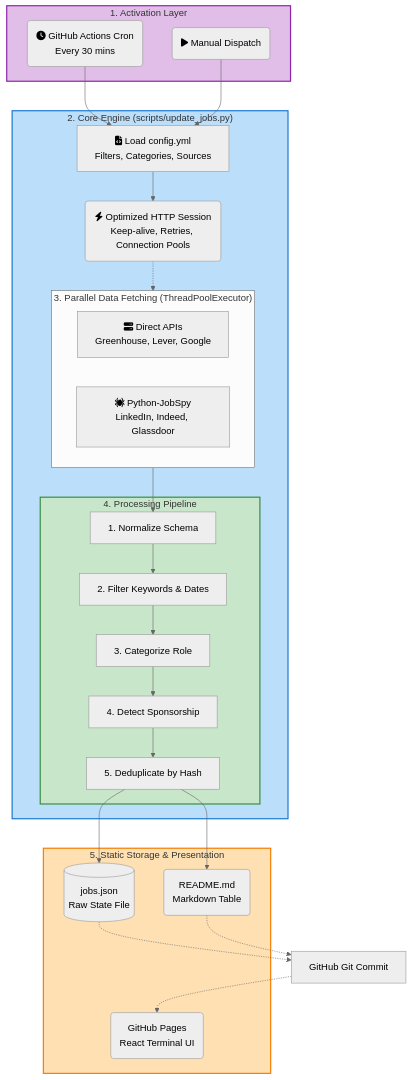
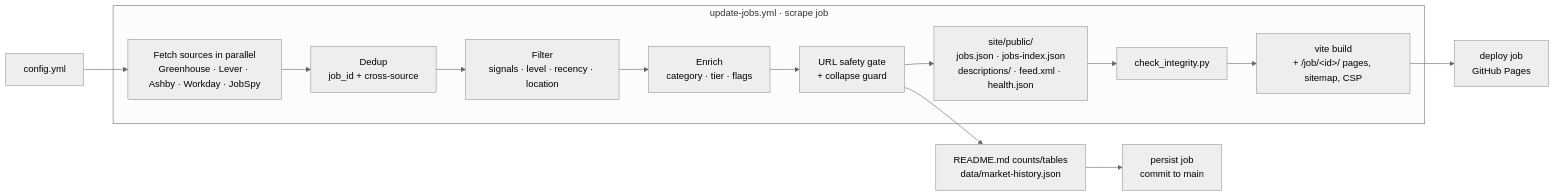
The diagram in docs/architecture.md (ambicuity/New-Grad-Jobs), drawn with Mermaid (neutral theme) before and after one commit. The commit also changed other lines of this file and 318 other files, not shown here.

First line of the commit message:
Release v1.0.1: audit overhaul — accurate scraper, Vite site, Actions deploy, security and CI hardening (#361)

````diff
--- a/docs/architecture.md
+++ b/docs/architecture.md
@@ -7,66 +9,16 @@
 ```mermaid
-flowchart TD
-    %% Triggers
-    subgraph Trigger["1. Activation Layer"]
-        cron(fa:fa-clock GitHub Actions Cron<br/>Every 30 mins)
-        manual(fa:fa-play Manual Dispatch)
+flowchart LR
+    cfg[config.yml] --> fetch
+    subgraph scrape["update-jobs.yml · scrape job"]
+        fetch["Fetch sources in parallel<br/>Greenhouse · Lever · Ashby · Workday · JobSpy"] --> dedup[Dedup<br/>job_id + cross-source]
+        dedup --> filter[Filter<br/>signals · level · recency · location]
+        filter --> enrich[Enrich<br/>category · tier · flags]
+        enrich --> gate[URL safety gate<br/>+ collapse guard]
+        gate --> out["site/public/<br/>jobs.json · jobs-index.json<br/>descriptions/ · feed.xml · health.json"]
+        out --> check[check_integrity.py]
+        check --> build["vite build<br/>+ /job/&lt;id&gt;/ pages, sitemap, CSP"]
     end
-
-    %% Core Application
-    subgraph Core["2. Core Engine (scripts/update_jobs.py)"]
-        config[fa:fa-file-code Load config.yml<br/>Filters, Categories, Sources]
-        session(fa:fa-bolt Optimized HTTP Session<br/>Keep-alive, Retries, Connection Pools)
-
-        %% Fetching
-        subgraph Fetching["3. Parallel Data Fetching (ThreadPoolExecutor)"]
-            direct_api[fa:fa-server Direct APIs<br/>Greenhouse, Lever, Google]
-            jobspy_api[fa:fa-spider Python-JobSpy<br/>LinkedIn, Indeed, Glassdoor]
-        end
-
-        %% Processing Pipeline
-        subgraph Pipeline["4. Processing Pipeline"]
-            norm[1. Normalize Schema]
-            filter[2. Filter Keywords & Dates]
-            categorize[3. Categorize Role]
-            sponsorship[4. Detect Sponsorship]
-            dedup[5. Deduplicate by Hash]
-        end
-
-    end
-
-    %% Storage and Output
-    subgraph Output["5. Static Storage & Presentation"]
-        json[(jobs.json<br/>Raw State File)]
-        readme(README.md<br/>Markdown Table)
-        gh_pages(GitHub Pages<br/>React Terminal UI)
-    end
-
-    %% Flow Definitions
-    cron --> config
-    manual --> config
-    config --> session
-    session -.-> Fetching
-    Fetching --> norm
-    norm --> filter
-    filter --> categorize
-    categorize --> sponsorship
-    sponsorship --> dedup
-
-    dedup --> json
-    dedup --> readme
-
-    json -.-> git_commit[GitHub Git Commit]
-    readme -.-> git_commit
-
-    git_commit -.-> gh_pages
-
-    classDef trigger fill:#e1bee7,stroke:#8e24aa,stroke-width:2px;
-    classDef core fill:#bbdefb,stroke:#1976d2,stroke-width:2px;
-    classDef process fill:#c8e6c9,stroke:#388e3c,stroke-width:2px;
-    classDef output fill:#ffe0b2,stroke:#f57c00,stroke-width:2px;
-
-    class Trigger trigger;
-    class Core core;
-    class Pipeline process;
-    class Output output;
+    build --> deploy[deploy job<br/>GitHub Pages]
+    gate --> state[README.md counts/tables<br/>data/market-history.json]
+    state --> persist[persist job<br/>commit to main]
 ```
````
